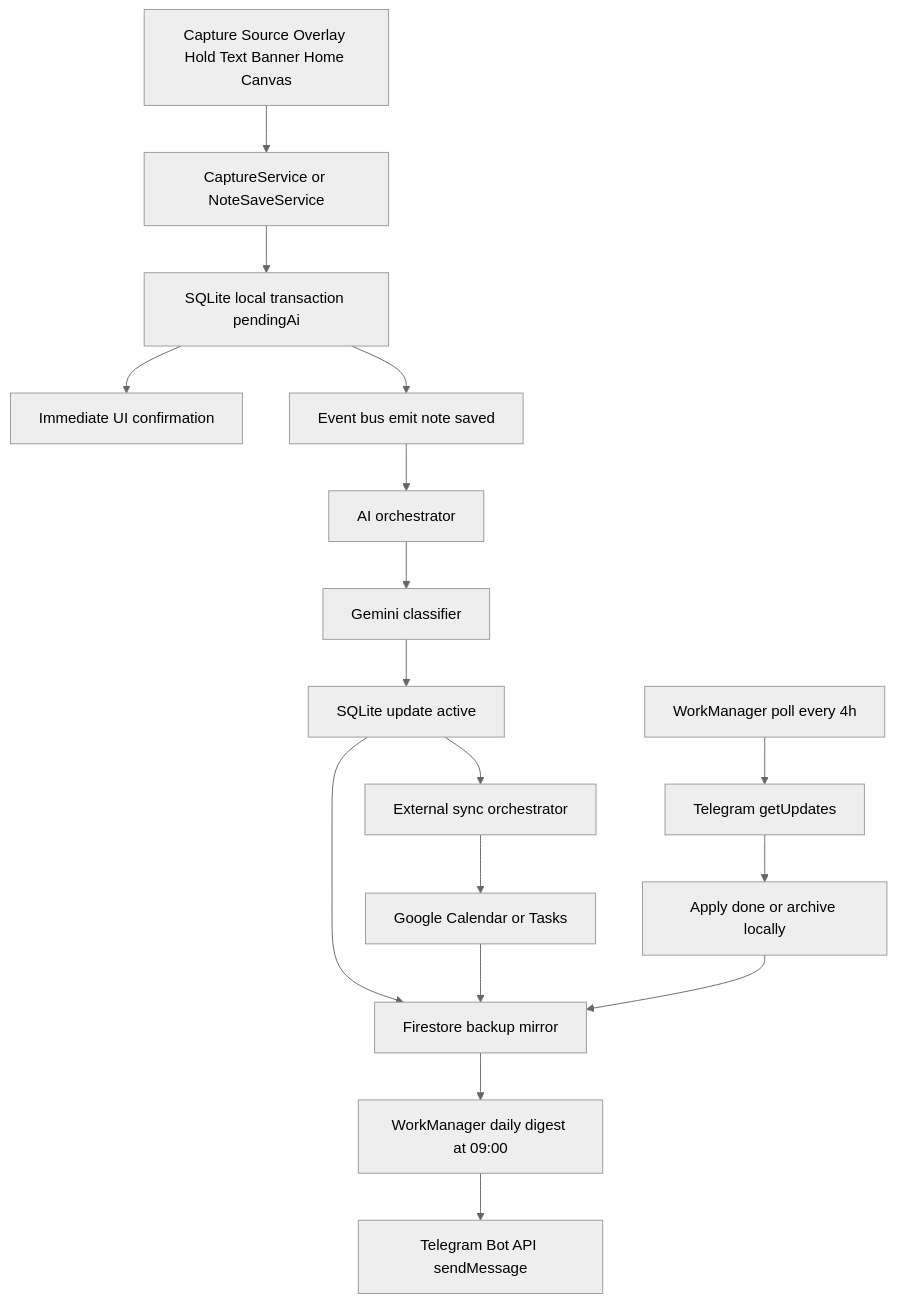
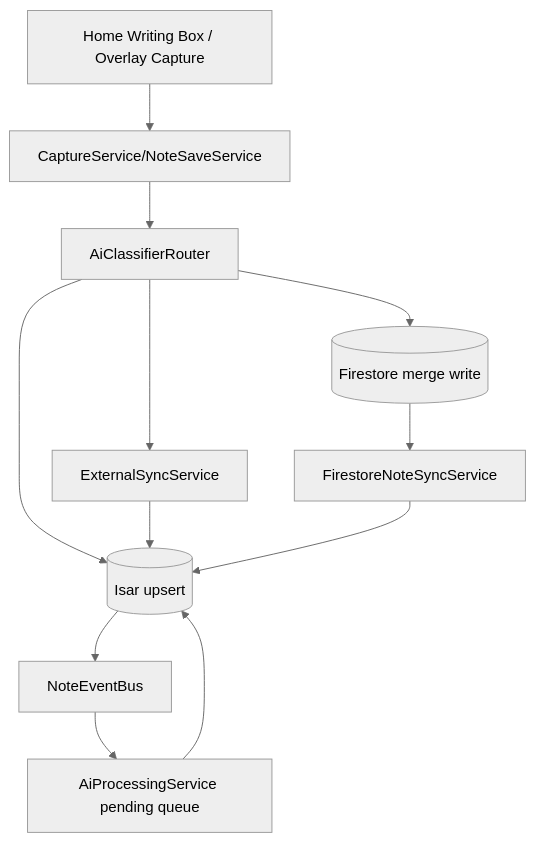
The fourth of 4 diagrams in ARCHITECTURE.md (Adarshv0524/wishperlog), drawn with Mermaid (neutral theme) before and after one commit. The commit also changed other lines of this file and 87 other files, not shown here.

Commit message:
Unify overlay capture flow, permissions, and dynamic island UX

````diff
--- a/ARCHITECTURE.md
+++ b/ARCHITECTURE.md
@@ -113,19 +321,14 @@
 ```mermaid
-flowchart TD
-  A[Capture Source Overlay Hold Text Banner Home Canvas] --> B[CaptureService or NoteSaveService]
-  B --> C[SQLite local transaction pendingAi]
-  C --> D[Immediate UI confirmation]
-  C --> E[Event bus emit note saved]
-  E --> F[AI orchestrator]
-  F --> G[Gemini classifier]
-  G --> H[SQLite update active]
-  H --> I[External sync orchestrator]
-  I --> J[Google Calendar or Tasks]
-  H --> K[Firestore backup mirror]
-  J --> K
-  K --> L[WorkManager daily digest at 09:00]
-  L --> M[Telegram Bot API sendMessage]
-  N[WorkManager poll every 4h] --> O[Telegram getUpdates]
-  O --> P[Apply done or archive locally]
-  P --> K
+graph TD
+  UI[Home Writing Box / Overlay Capture] --> Save[CaptureService/NoteSaveService]
+  Save --> AI[AiClassifierRouter]
+  AI --> Isar[(Isar upsert)]
+  AI --> Firestore[(Firestore merge write)]
+  AI --> External[ExternalSyncService]
+  External --> Isar
+  Isar --> Event[NoteEventBus]
+  Event --> Processing[AiProcessingService pending queue]
+  Processing --> Isar
+  Firestore --> Mirror[FirestoreNoteSyncService]
+  Mirror --> Isar
 ```
````
